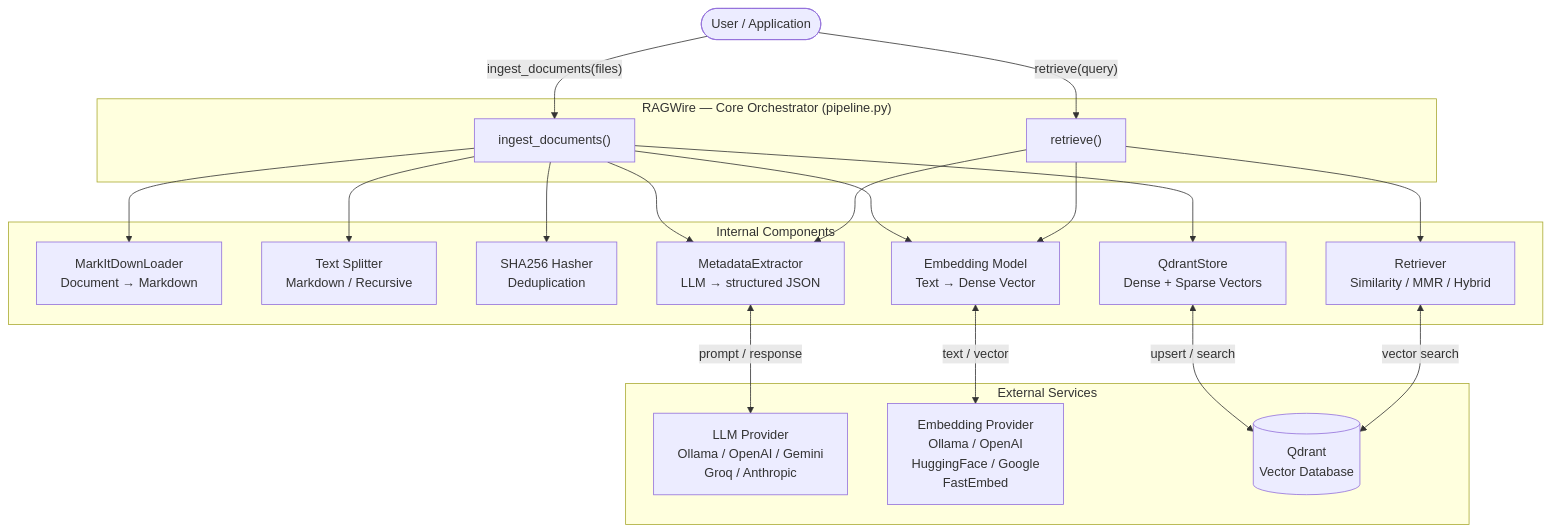
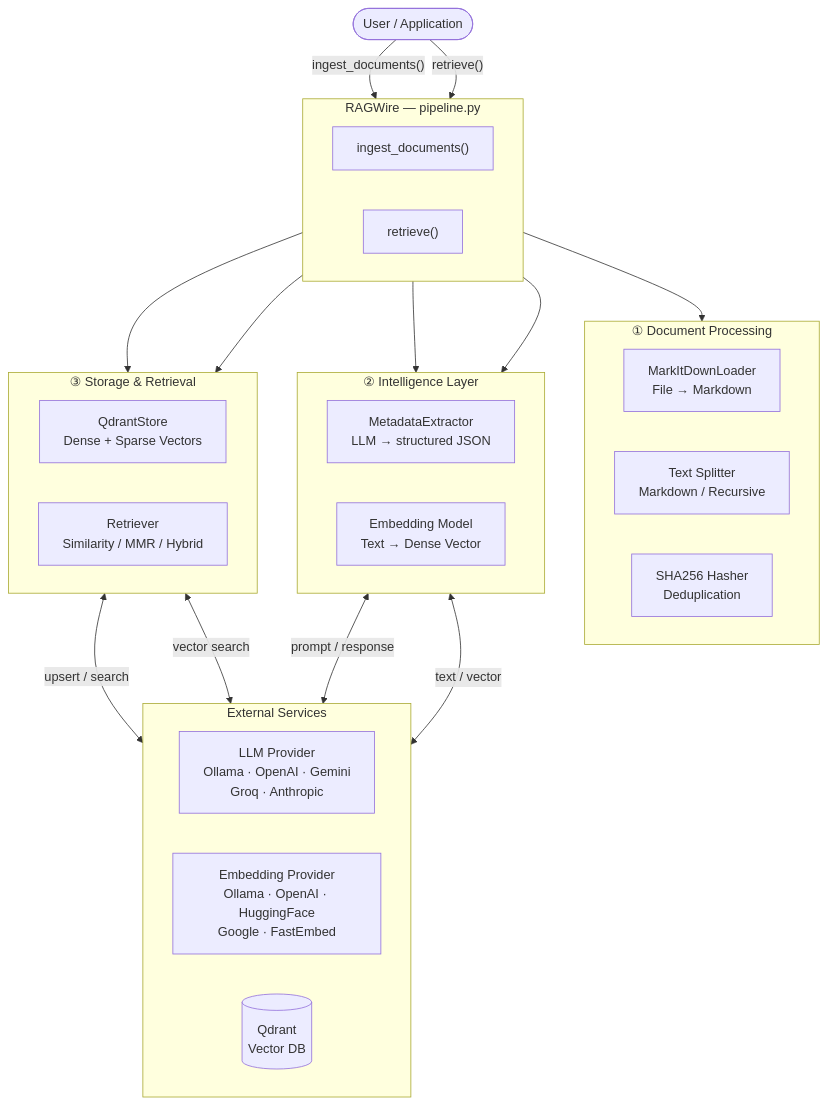
The diagram in docs/architecture/overview.md (laxmimerit/RAGWire), drawn with Mermaid before and after one commit.

Commit message:
fix: redesign high-level architecture diagram to avoid wide horizontal layout
Group 7 flat components into 3 stacked logical clusters:
document processing, intelligence layer, storage & retrieval

````diff
--- a/docs/architecture/overview.md
+++ b/docs/architecture/overview.md
@@ -9,44 +9,51 @@
 ```mermaid
 graph TB
     User(["User / Application"])
 
-    subgraph RAGWire ["RAGWire — Core Orchestrator (pipeline.py)"]
+    subgraph Core ["RAGWire — pipeline.py"]
+        direction LR
         Ingest["ingest_documents()"]
         Retrieve["retrieve()"]
     end
 
-    subgraph Components ["Internal Components"]
-        Loader["MarkItDownLoader\nDocument → Markdown"]
+    subgraph DocProc ["① Document Processing"]
+        direction LR
+        Loader["MarkItDownLoader\nFile → Markdown"]
         Splitter["Text Splitter\nMarkdown / Recursive"]
         Hasher["SHA256 Hasher\nDeduplication"]
+    end
+
+    subgraph AI ["② Intelligence Layer"]
+        direction LR
         Extractor["MetadataExtractor\nLLM → structured JSON"]
         Embedder["Embedding Model\nText → Dense Vector"]
+    end
+
+    subgraph StorageLayer ["③ Storage & Retrieval"]
+        direction LR
         VectorStore["QdrantStore\nDense + Sparse Vectors"]
         Retriever["Retriever\nSimilarity / MMR / Hybrid"]
     end
 
     subgraph External ["External Services"]
-        LLM["LLM Provider\nOllama / OpenAI / Gemini\nGroq / Anthropic"]
-        EmbedProvider["Embedding Provider\nOllama / OpenAI\nHuggingFace / Google\nFastEmbed"]
-        QdrantDB[("Qdrant\nVector Database")]
+        direction LR
+        LLM["LLM Provider\nOllama · OpenAI · Gemini\nGroq · Anthropic"]
+        EmbedProvider["Embedding Provider\nOllama · OpenAI · HuggingFace\nGoogle · FastEmbed"]
+        QdrantDB[("Qdrant\nVector DB")]
     end
 
-    User -->|"ingest_documents(files)"| Ingest
-    User -->|"retrieve(query)"| Retrieve
+    User -->|"ingest_documents()"| Ingest
+    User -->|"retrieve()"| Retrieve
 
-    Ingest --> Loader
-    Ingest --> Hasher
-    Ingest --> Splitter
-    Ingest --> Extractor
-    Ingest --> Embedder
-    Ingest --> VectorStore
+    Ingest --> DocProc
+    Ingest --> AI
+    Ingest --> StorageLayer
 
-    Retrieve --> Extractor
-    Retrieve --> Embedder
-    Retrieve --> Retriever
+    Retrieve --> AI
+    Retrieve --> StorageLayer
 
     Extractor <-->|"prompt / response"| LLM
     Embedder <-->|"text / vector"| EmbedProvider
     VectorStore <-->|"upsert / search"| QdrantDB
     Retriever <-->|"vector search"| QdrantDB
 ```
````
